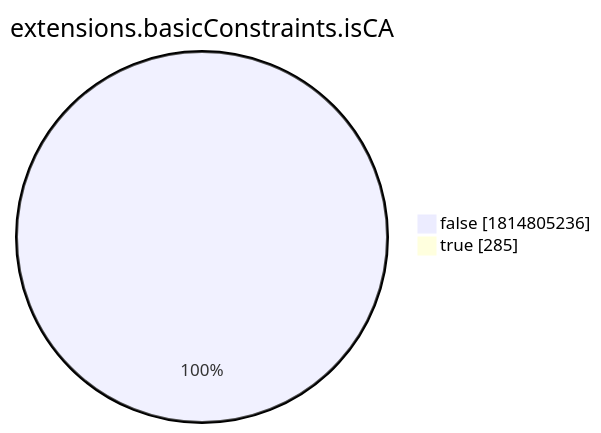
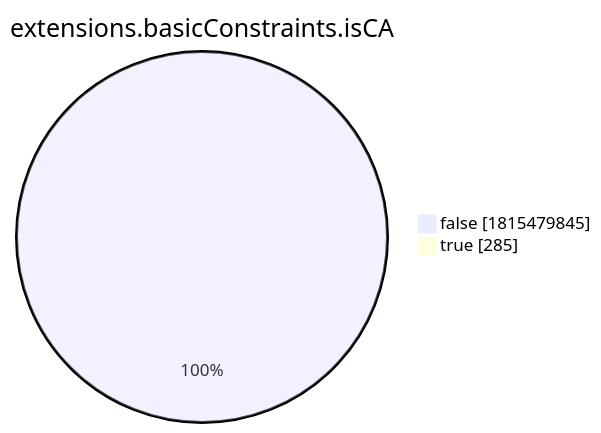
Before and after one commit to christiankrug/ctmonitor_visualization: the eighth of 15 diagrams in xenon2022/README.md, drawn with Mermaid. The commit also changed other lines of this file, not shown here.

````diff
--- a/xenon2022/README.md
+++ b/xenon2022/README.md
@@ -2868,6 +2868,6 @@
 ```mermaid
 pie showData
 title extensions.basicConstraints.isCA
-"false" :1814805236
+"false" :1815479845
 "true" :285
 ```
````
